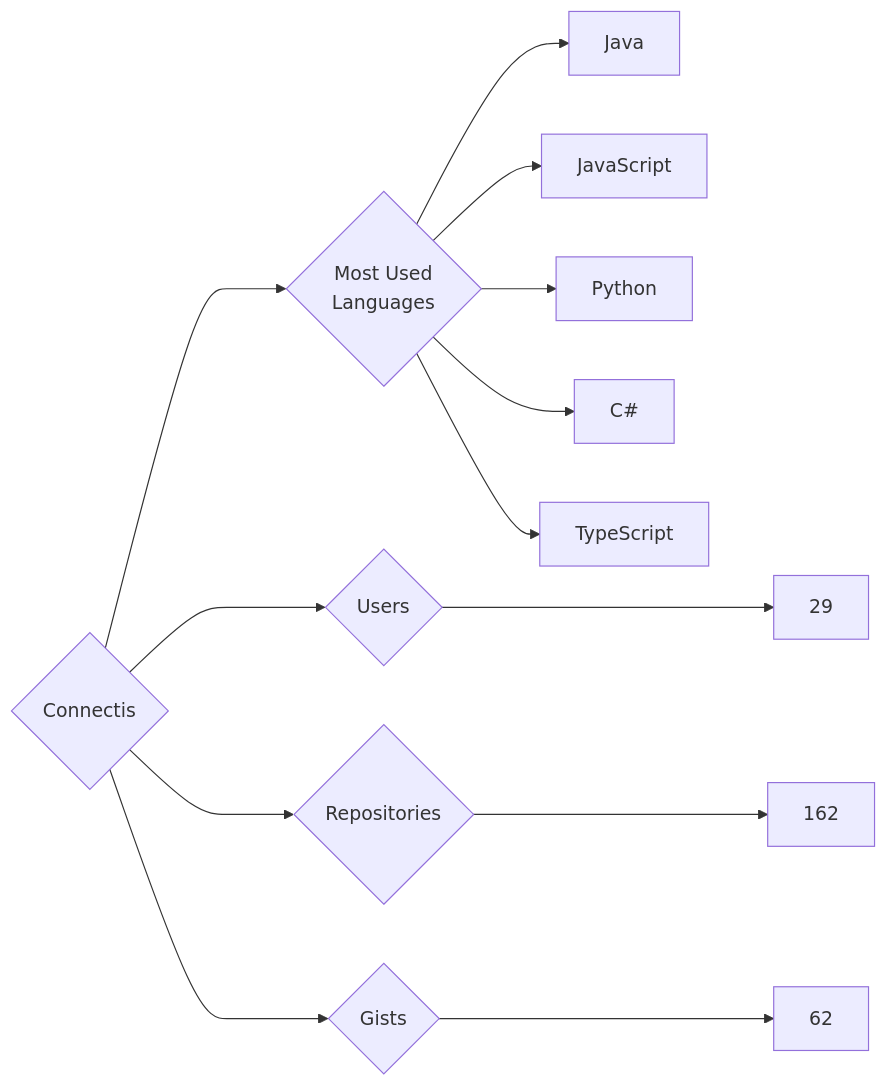
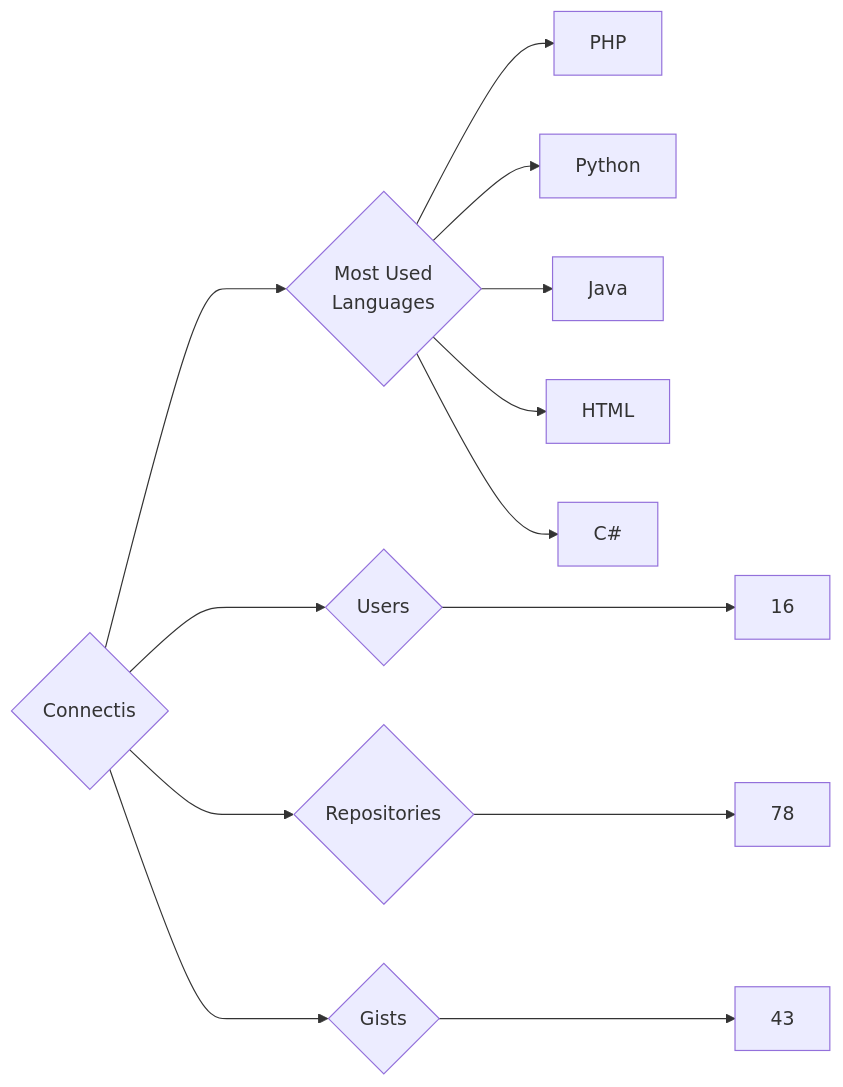
Before and after one commit to trickest/insiders: the diagram in targets/Connectis/README.md, drawn with Mermaid. The commit also changed 924 other files, not shown here.

````diff
--- a/targets/Connectis/README.md
+++ b/targets/Connectis/README.md
@@ -3,13 +3,13 @@
 ```mermaid
 graph LR
 COMPANY_NAME{Connectis}
-COMPANY_NAME ---> U{Users} ---> UN[29]
-COMPANY_NAME ---> R{Repositories} ---> RN[162]
-COMPANY_NAME ---> G{Gists} ---> GN[62]
+COMPANY_NAME ---> U{Users} ---> UN[16]
+COMPANY_NAME ---> R{Repositories} ---> RN[78]
+COMPANY_NAME ---> G{Gists} ---> GN[43]
 COMPANY_NAME ---> ML{Most Used<br>Languages}
+ML --> PHP[PHP]
+ML --> Python[Python]
 ML --> Java[Java]
-ML --> JavaScript[JavaScript]
-ML --> Python[Python]
+ML --> HTML[HTML]
 ML --> C#[C#]
-ML --> TypeScript[TypeScript]
 ```
````
